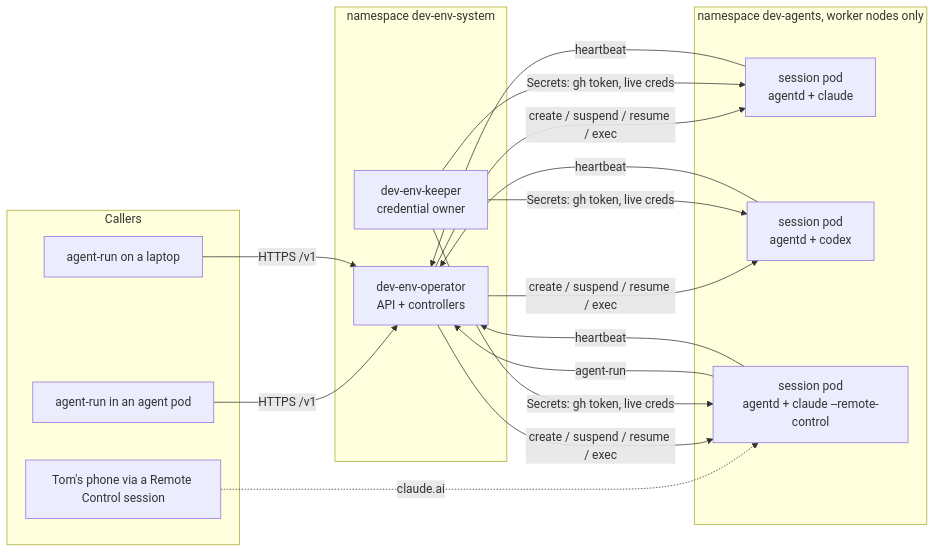
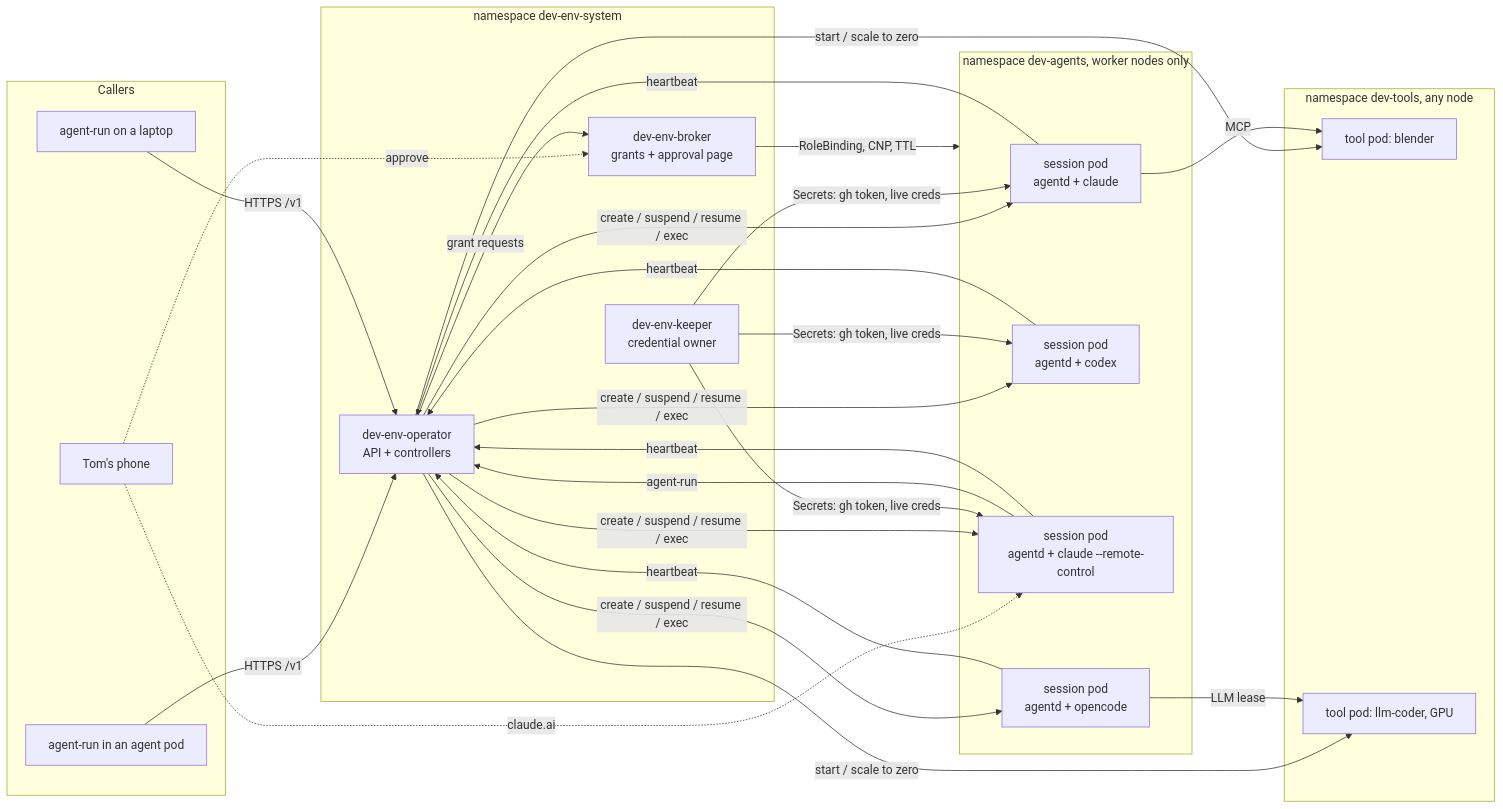
The first of 4 diagrams in .agents/sagas/distributed-dev-env/designs/001-dev-env-v2.md (thaynes43/dev-env), drawn with Mermaid before and after one commit. The commit also changed other lines of this file and 10 other files, not shown here.

First line of the commit message:
docs(saga): fold Tom's 2026-10-06 rulings into dev-env v2

````diff
--- a/.agents/sagas/distributed-dev-env/designs/001-dev-env-v2.md
+++ b/.agents/sagas/distributed-dev-env/designs/001-dev-env-v2.md
@@ -27,23 +46,35 @@
 ```mermaid
 flowchart LR
   subgraph callers[Callers]
     cli1[agent-run in an agent pod]
     cli2[agent-run on a laptop]
-    phone["Tom's phone via a Remote Control session"]
+    phone["Tom's phone"]
   end
   subgraph sys[namespace dev-env-system]
     op["dev-env-operator<br/>API + controllers"]
+    broker["dev-env-broker<br/>grants + approval page"]
     keeper["dev-env-keeper<br/>credential owner"]
   end
   subgraph agents["namespace dev-agents, worker nodes only"]
     s1["session pod<br/>agentd + claude"]
     s2["session pod<br/>agentd + codex"]
     s3["session pod<br/>agentd + claude --remote-control"]
+    s4["session pod<br/>agentd + opencode"]
+  end
+  subgraph tools["namespace dev-tools, any node"]
+    t1["tool pod: blender"]
+    t2["tool pod: llm-coder, GPU"]
   end
   cli1 & cli2 -->|HTTPS /v1| op
   phone -.->|claude.ai| s3
+  phone -.->|approve| broker
   s3 -->|agent-run| op
-  op -->|create / suspend / resume / exec| s1 & s2 & s3
+  op -->|create / suspend / resume / exec| s1 & s2 & s3 & s4
+  op -->|start / scale to zero| t1 & t2
+  op -->|grant requests| broker
+  broker -->|RoleBinding, CNP, TTL| agents
   keeper -->|Secrets: gh token, live creds| s1 & s2 & s3
-  s1 & s2 & s3 -->|heartbeat| op
+  s1 -->|MCP| t1
+  s4 -->|LLM lease| t2
+  s1 & s2 & s3 & s4 -->|heartbeat| op
 ```
````
